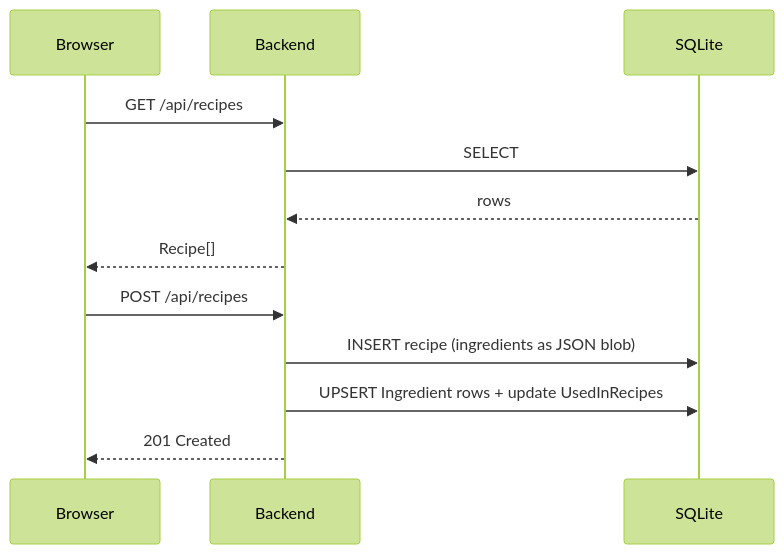
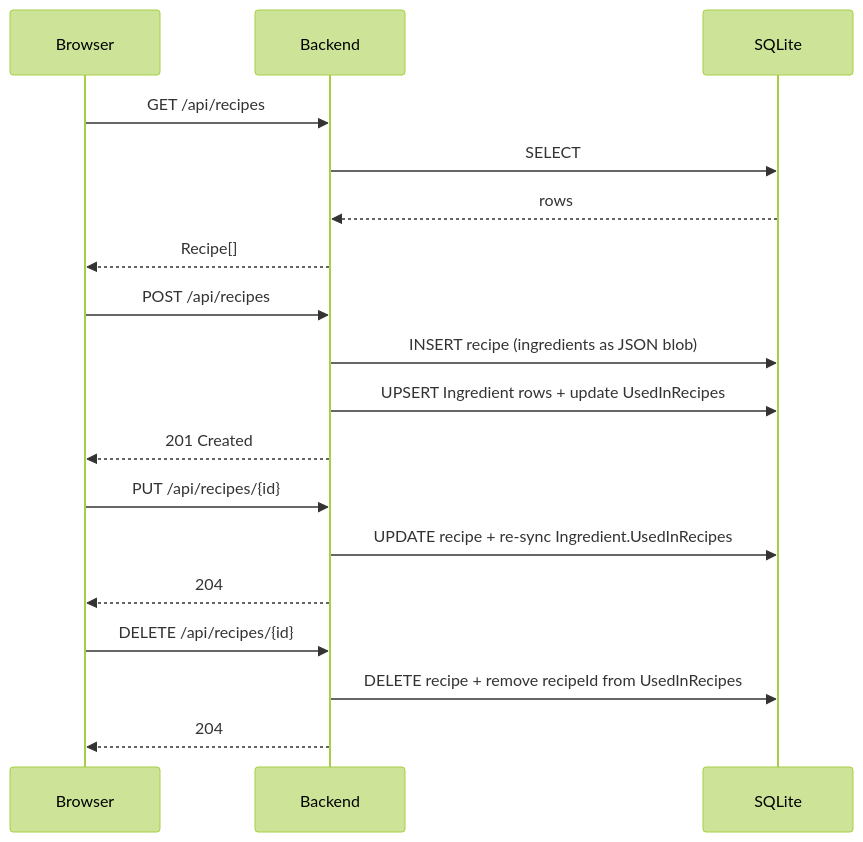
One commit to codeiakofficial/cocktailmaker changed the third of 8 diagrams in docs/architecture.md. Above: the diagram before and after it, drawn with Mermaid (forest theme). The commit also changed other lines of this file and 30 other files, not shown here.

````diff
--- a/docs/architecture.md
+++ b/docs/architecture.md
@@ -42,16 +42,24 @@
 ```mermaid
 sequenceDiagram
     participant Browser
     participant Backend
     participant SQLite
 
     Browser->>Backend: GET /api/recipes
     Backend->>SQLite: SELECT
     SQLite-->>Backend: rows
     Backend-->>Browser: Recipe[]
 
     Browser->>Backend: POST /api/recipes
     Backend->>SQLite: INSERT recipe (ingredients as JSON blob)
     Backend->>SQLite: UPSERT Ingredient rows + update UsedInRecipes
     Backend-->>Browser: 201 Created
+
+    Browser->>Backend: PUT /api/recipes/{id}
+    Backend->>SQLite: UPDATE recipe + re-sync Ingredient.UsedInRecipes
+    Backend-->>Browser: 204
+
+    Browser->>Backend: DELETE /api/recipes/{id}
+    Backend->>SQLite: DELETE recipe + remove recipeId from UsedInRecipes
+    Backend-->>Browser: 204
 ```
````
